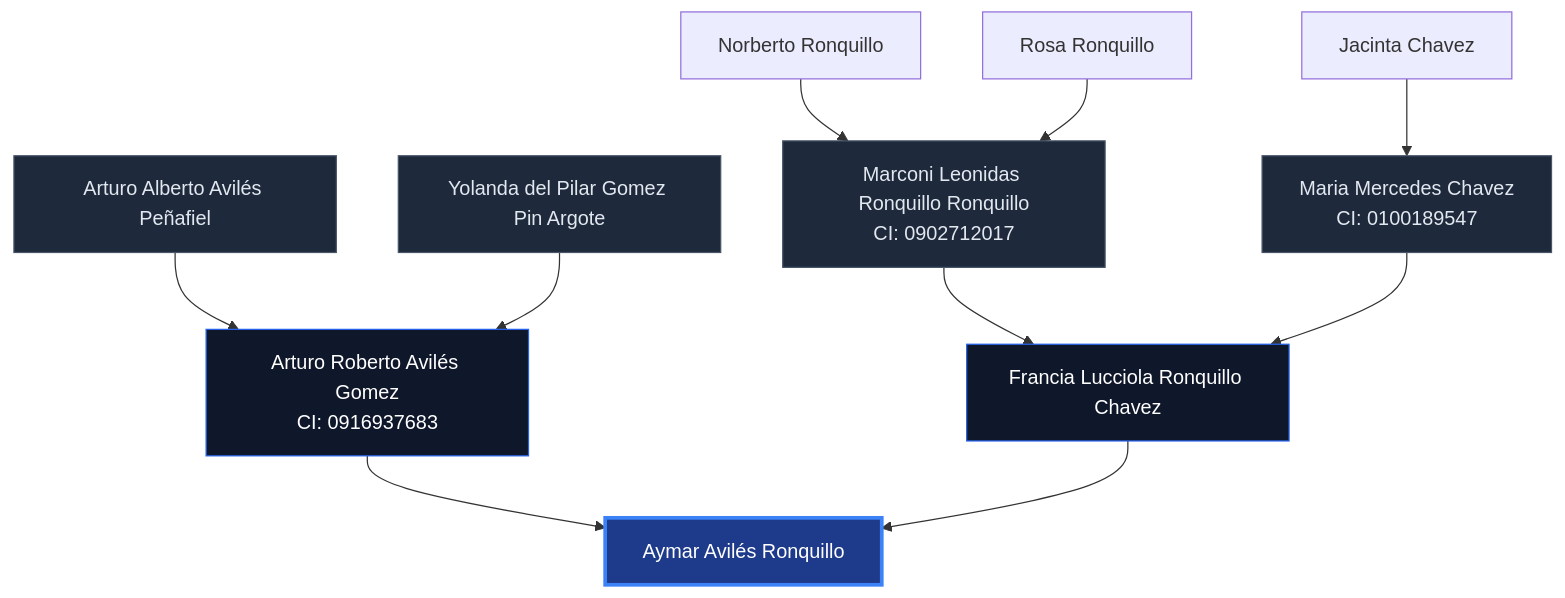
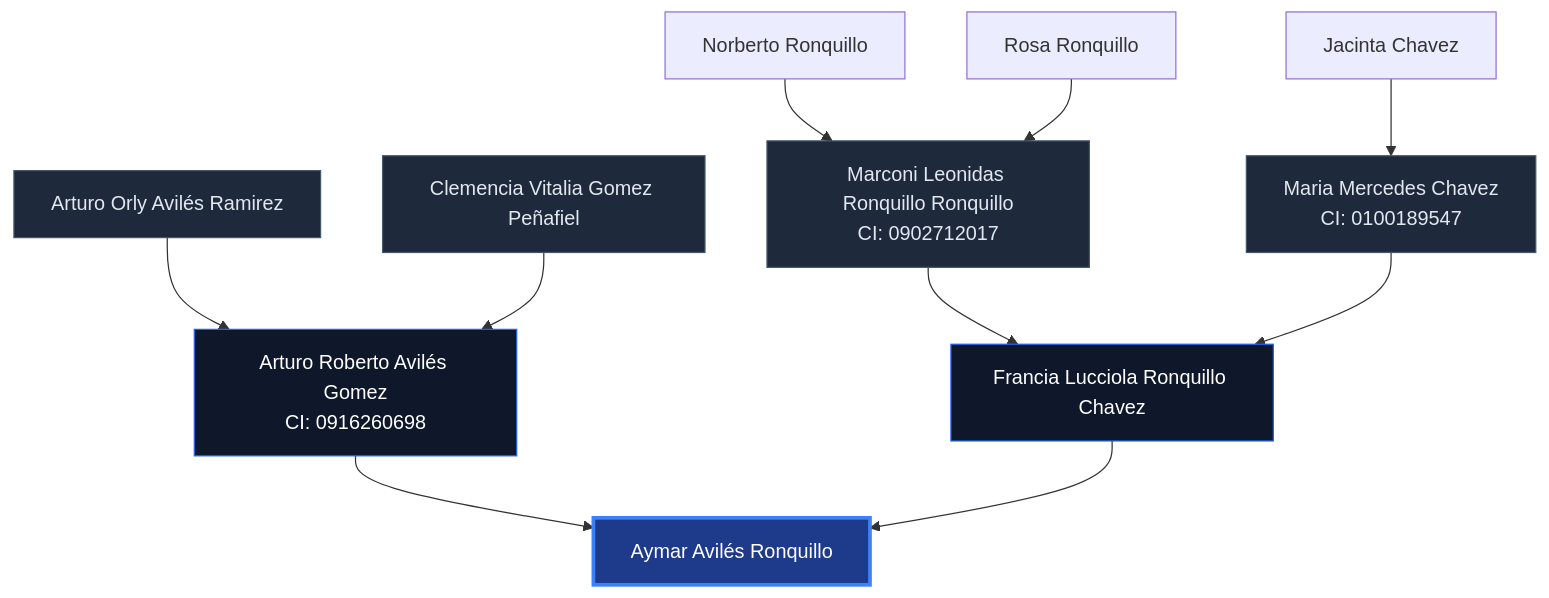
Before and after one commit to aymaravilez70/ciudadanos: the diagram in arbol_genealogico.md, drawn with Mermaid. The commit also changed other lines of this file, not shown here.

Commit message:
Corrige homónimo de Arturo Roberto Avilés Gomez en el árbol genealógico

````diff
--- a/arbol_genealogico.md
+++ b/arbol_genealogico.md
@@ -5,27 +5,27 @@
 ```mermaid
 graph TD
     %% Bisabuelos Maternos
     B1[Norberto Ronquillo] --> MGF[Marconi Leonidas Ronquillo Ronquillo<br>CI: 0902712017]
     B2[Rosa Ronquillo] --> MGF
     
     B4[Jacinta Chavez] --> MGM[Maria Mercedes Chavez<br>CI: 0100189547]
 
     %% Abuelos
-    PGF[Arturo Alberto Avilés Peñafiel] --> F[Arturo Roberto Avilés Gomez<br>CI: 0916937683]
-    PGM[Yolanda del Pilar Gomez Pin Argote] --> F
+    PGF[Arturo Orly Avilés Ramirez] --> F[Arturo Roberto Avilés Gomez<br>CI: 0916260698]
+    PGM[Clemencia Vitalia Gomez Peñafiel] --> F
     
     MGF --> M[Francia Lucciola Ronquillo Chavez]
     MGM --> M
 
     %% Padres y Usuario
     F --> U[Aymar Avilés Ronquillo]
     M --> U
 
     style U fill:#1e3a8a,stroke:#3b82f6,stroke-width:3px,color:#fff
     style F fill:#0f172a,stroke:#2563eb,color:#fff
     style M fill:#0f172a,stroke:#2563eb,color:#fff
     style PGF fill:#1e293b,stroke:#475569,color:#e2e8f0
     style PGM fill:#1e293b,stroke:#475569,color:#e2e8f0
     style MGF fill:#1e293b,stroke:#475569,color:#e2e8f0
     style MGM fill:#1e293b,stroke:#475569,color:#e2e8f0
 ```
````
